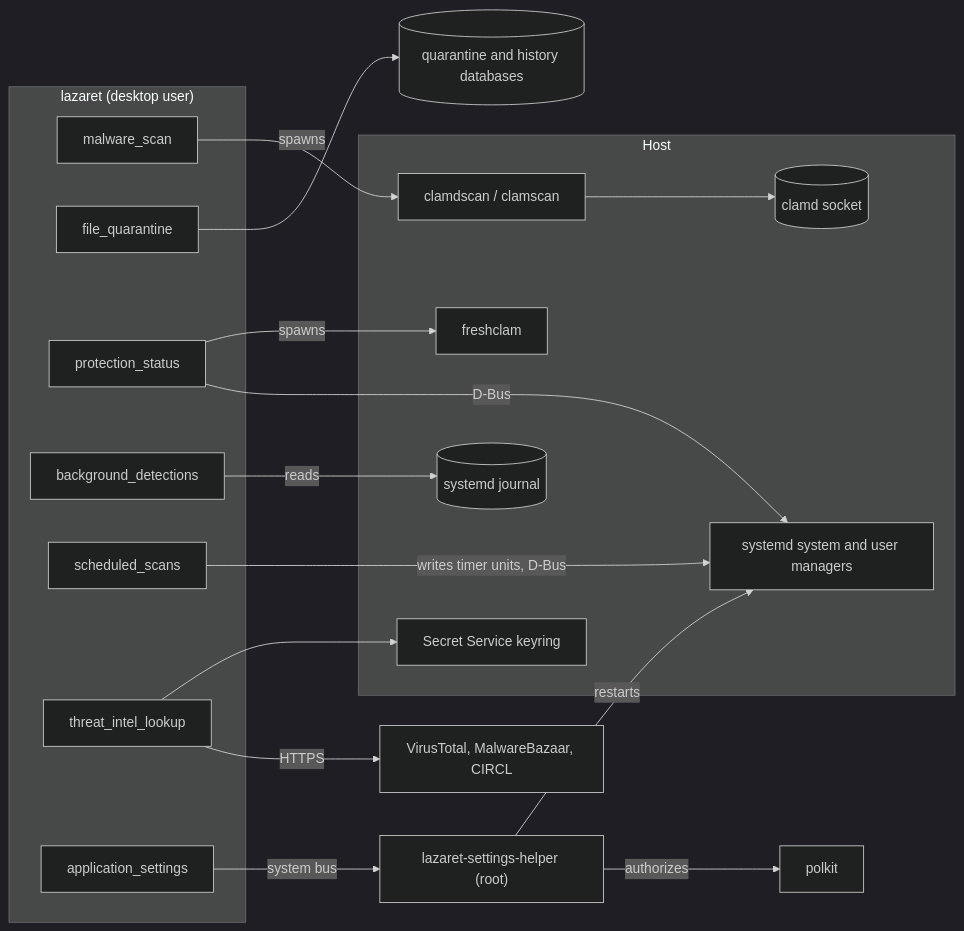
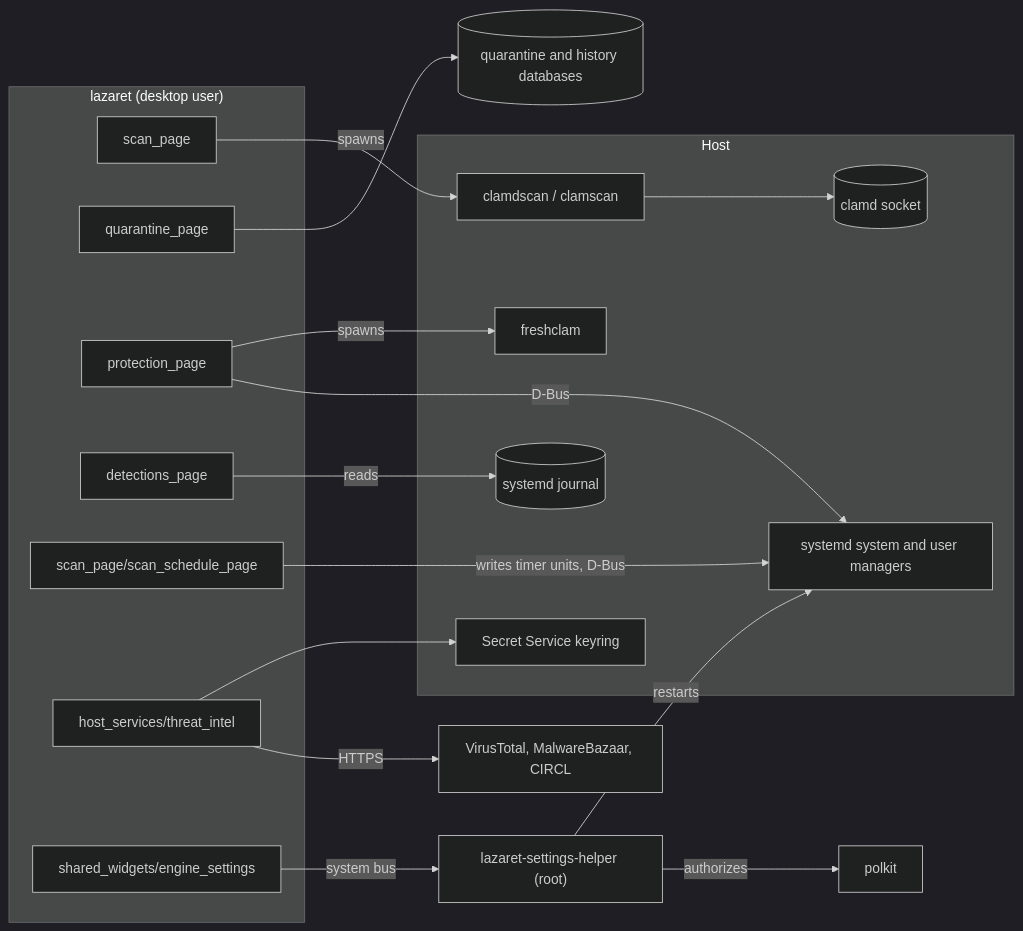
Before and after one commit to wvhulle/clamui: the first of 6 diagrams in docs/architecture.md, drawn with Mermaid (dark theme). The commit also changed other lines of this file and 215 other files, not shown here.

````diff
--- a/docs/architecture.md
+++ b/docs/architecture.md
@@ -7,39 +7,39 @@
 ```mermaid
 flowchart LR
     subgraph gui["lazaret (desktop user)"]
-        scan["malware_scan"]
-        quarantine["file_quarantine"]
-        protection["protection_status"]
-        detections["background_detections"]
-        schedules["scheduled_scans"]
-        lookups["threat_intel_lookup"]
-        settings["application_settings"]
+        scan["scan_page"]
+        quarantine["quarantine_page"]
+        protection["protection_page"]
+        detections["detections_page"]
+        schedules["scan_page/scan_schedule_page"]
+        lookups["host_services/threat_intel"]
+        settings["shared_widgets/engine_settings"]
     end
 
     subgraph host["Host"]
         clamdscan["clamdscan / clamscan"]
         freshclam["freshclam"]
         clamd[("clamd socket")]
         systemd["systemd system and user managers"]
         journal[("systemd journal")]
         keyring["Secret Service keyring"]
     end
 
     helper["lazaret-settings-helper (root)"]
     polkit["polkit"]
     internet["VirusTotal, MalwareBazaar, CIRCL"]
     database[("quarantine and history databases")]
 
     scan -->|spawns| clamdscan
     clamdscan --> clamd
     protection -->|D-Bus| systemd
     protection -->|spawns| freshclam
     detections -->|reads| journal
     schedules -->|writes timer units, D-Bus| systemd
     quarantine --> database
     lookups -->|HTTPS| internet
     lookups --> keyring
     settings -->|system bus| helper
     helper -->|authorizes| polkit
     helper -->|restarts| systemd
 ```
````
